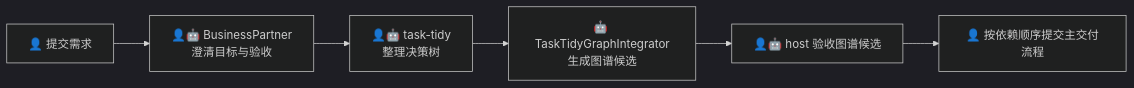
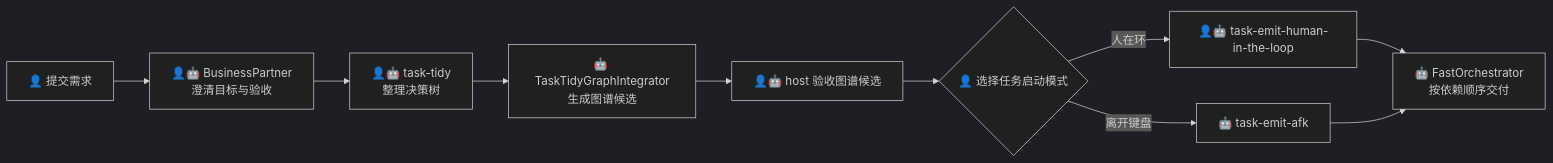
Before and after one commit to derekhu0002/Argo: the first of 11 diagrams in design/argo-harness/usage-scenarios/README.md, drawn with Mermaid (dark theme). The commit also changed other lines of this file and 3 other files, not shown here.

````diff
--- a/design/argo-harness/usage-scenarios/README.md
+++ b/design/argo-harness/usage-scenarios/README.md
@@ -25,8 +24,12 @@
 ```mermaid
 flowchart LR
     A[👤 提交需求] --> B[👤🤖 BusinessPartner<br/>澄清目标与验收]
     B --> C[👤🤖 task-tidy<br/>整理决策树]
     C --> D[🤖 TaskTidyGraphIntegrator<br/>生成图谱候选]
     D --> E[👤🤖 host 验收图谱候选]
-    E --> F[👤 按依赖顺序提交主交付流程]
+    E --> F{👤 选择任务启动模式}
+    F -- 人在环 --> G[👤🤖 task-emit-human-in-the-loop]
+    F -- 离开键盘 --> H[🤖 task-emit-afk]
+    G --> I[🤖 FastOrchestrator<br/>按依赖顺序交付]
+    H --> I
 ```
````
